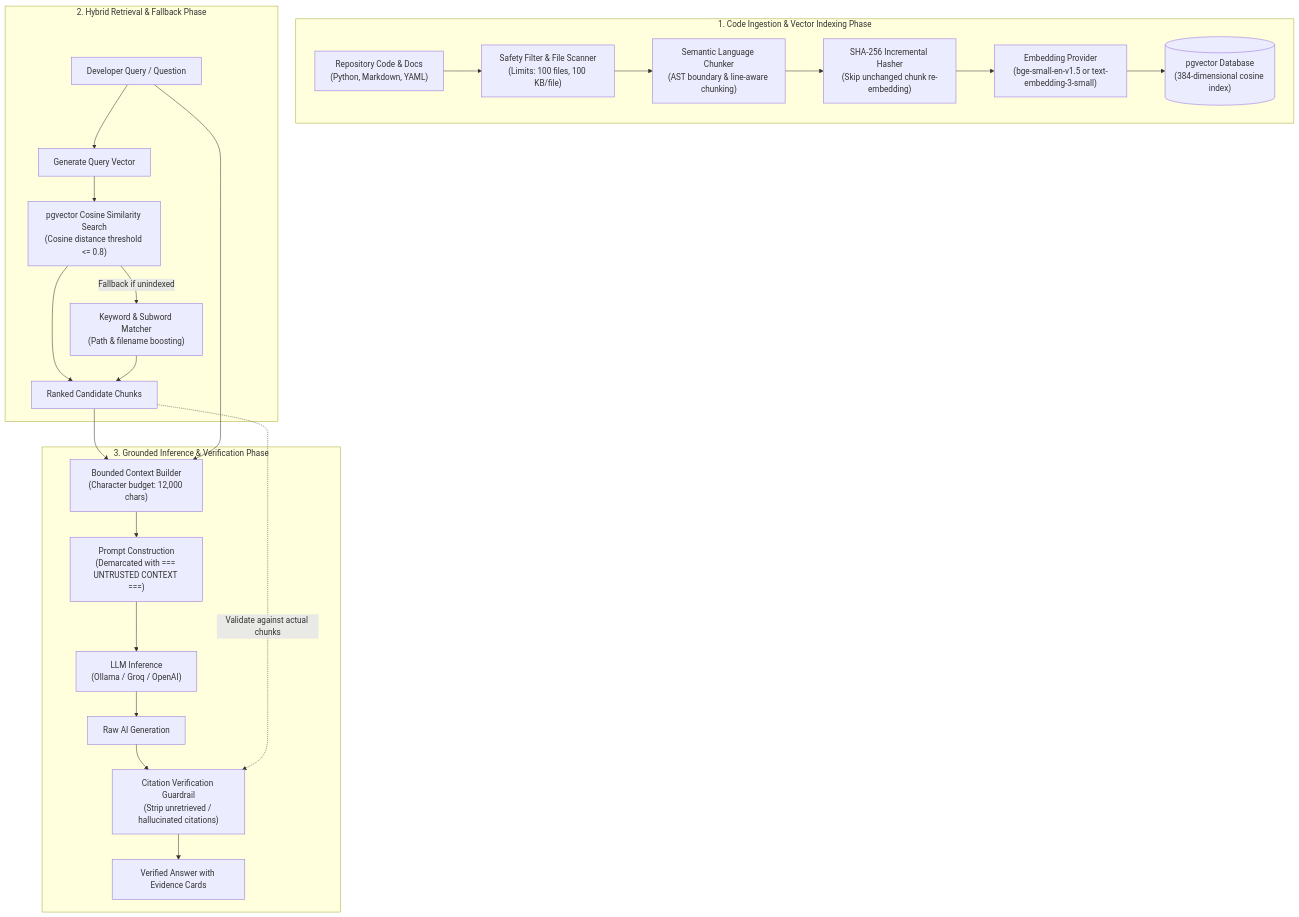
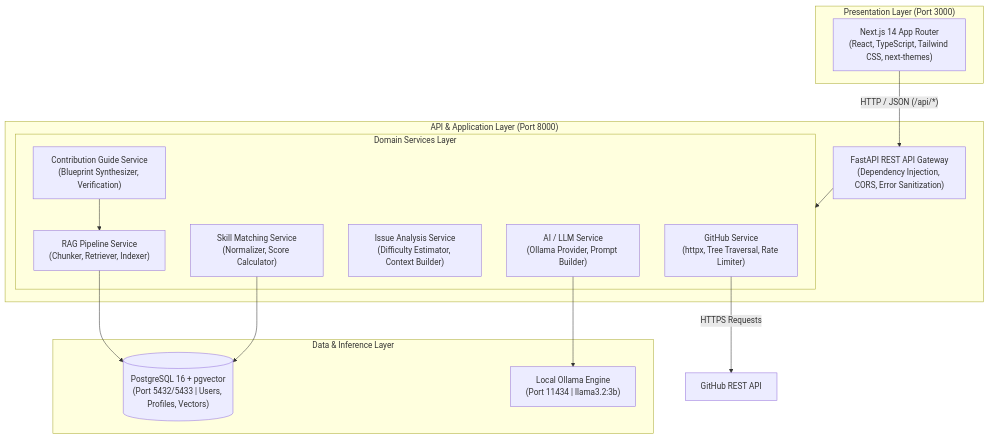
One commit to nikitaa-sharma/OpenCopilot changed the second of 4 diagrams in README.md. Above: the diagram before and after it, drawn with Mermaid. The commit also changed other lines of this file and 9 other files, not shown here.

````diff
--- a/README.md
+++ b/README.md
@@ -105,29 +111,33 @@
 ```mermaid
 flowchart TD
-    subgraph IndexingPhase["1. Code Ingestion & Vector Indexing Phase"]
-        RawCode["Repository Code & Docs\n(Python, Markdown, YAML)"] --> SafetyFilter["Safety Filter & File Scanner\n(Limits: 100 files, 100 KB/file)"]
-        SafetyFilter --> ASTChunker["Semantic Language Chunker\n(AST boundary & line-aware chunking)"]
-        ASTChunker --> ChunkHash["SHA-256 Incremental Hasher\n(Skip unchanged chunk re-embedding)"]
-        ChunkHash --> EmbedModel["Embedding Provider\n(bge-small-en-v1.5 or text-embedding-3-small)"]
-        EmbedModel --> VectorStore[("pgvector Database\n(384-dimensional cosine index)")]
+    subgraph FrontendLayer["Presentation Layer (Port 3000)"]
+        NextJS["Next.js 14 App Router\n(React, TypeScript, Tailwind CSS, next-themes)"]
     end
 
-    subgraph RetrievalPhase["2. Hybrid Retrieval & Fallback Phase"]
-        UserQuestion["Developer Query / Question"] --> QueryEmbed["Generate Query Vector"]
-        QueryEmbed --> VectorSearch["pgvector Cosine Similarity Search\n(Cosine distance threshold <= 0.8)"]
-        VectorSearch -->|"Fallback if unindexed"| KeywordSearch["Keyword & Subword Matcher\n(Path & filename boosting)"]
-        VectorSearch --> ChunksFound["Ranked Candidate Chunks"]
-        KeywordSearch --> ChunksFound
+    subgraph BackendLayer["API & Application Layer (Port 8000)"]
+        FastAPI["FastAPI REST API Gateway\n(Dependency Injection, CORS, Error Sanitization)"]
+        
+        subgraph ServicesLayer["Domain Services Layer"]
+            GitHubService["GitHub Service\n(httpx, Tree Traversal, Rate Limiter)"]
+            LLMService["AI / LLM Service\n(Ollama Provider, Prompt Builder)"]
+            IssueService["Issue Analysis Service\n(Difficulty Estimator, Context Builder)"]
+            SkillService["Skill Matching Service\n(Normalizer, Score Calculator)"]
+            GuideService["Contribution Guide Service\n(Blueprint Synthesizer, Verification)"]
+            RAGService["RAG Pipeline Service\n(Chunker, Retriever, Indexer)"]
+        end
     end
 
-    subgraph GenerationPhase["3. Grounded Inference & Verification Phase"]
-        ChunksFound --> BoundedContext["Bounded Context Builder\n(Character budget: 12,000 chars)"]
-        UserQuestion --> BoundedContext
-        BoundedContext --> Demarcation["Prompt Construction\n(Demarcated with === UNTRUSTED CONTEXT ===)"]
-        Demarcation --> LLMGenerate["LLM Inference\n(Ollama / Groq / OpenAI)"]
-        LLMGenerate --> RawAnswer["Raw AI Generation"]
-        RawAnswer --> CitationFilter["Citation Verification Guardrail\n(Strip unretrieved / hallucinated citations)"]
-        ChunksFound -.->|"Validate against actual chunks"| CitationFilter
-        CitationFilter --> VerifiedResponse["Verified Answer with Evidence Cards"]
+    subgraph StorageLayer["Data & Inference Layer"]
+        Postgres[("PostgreSQL 16 + pgvector\n(Port 5432/5433 | Users, Profiles, Vectors)")]
+        OllamaEngine["Local Ollama Engine\n(Port 11434 | llama3.2:3b)"]
     end
+
+    NextJS -->|"HTTP / JSON (/api/*)"| FastAPI
+    FastAPI --> ServicesLayer
+    
+    GitHubService -->|"HTTPS Requests"| RemoteGitHub["GitHub REST API"]
+    RAGService --> Postgres
+    SkillService --> Postgres
+    GuideService --> RAGService
+    LLMService --> OllamaEngine
 ```
````
